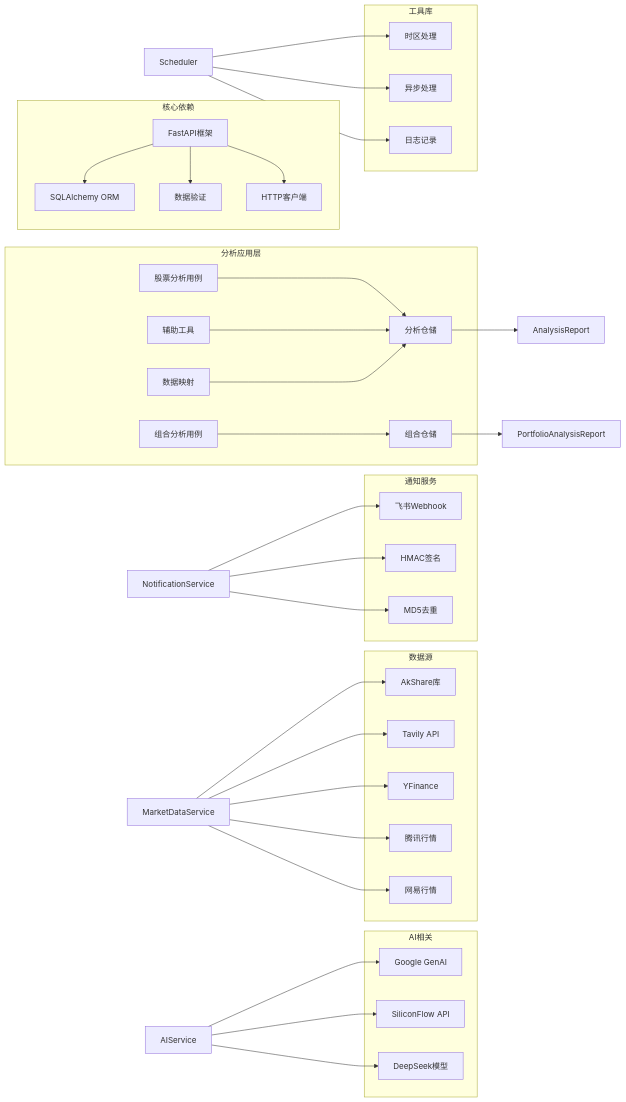
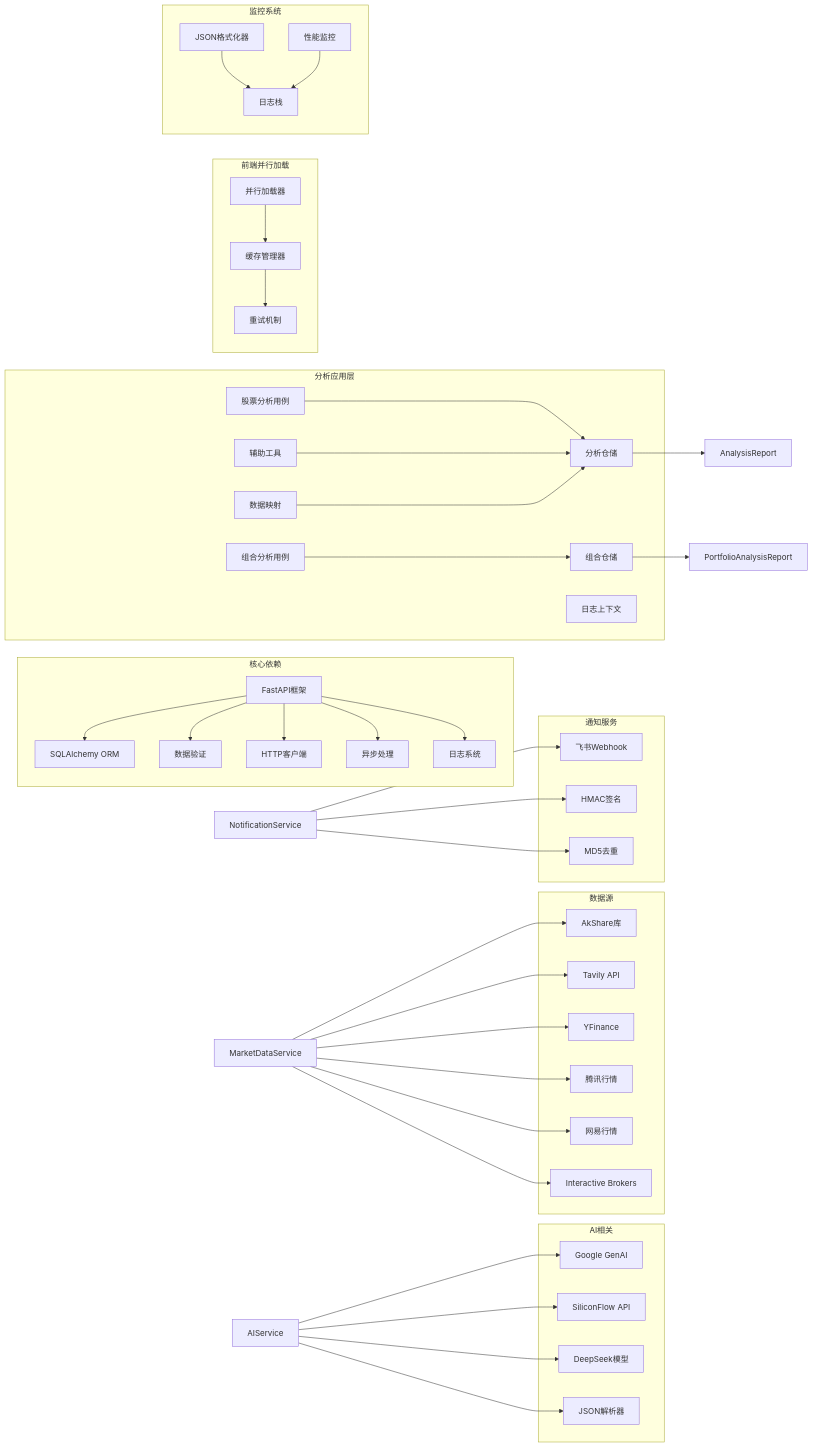
Diagram 15 of 15 in .qoder/repowiki/zh/content/Enhanced Ai Analysis Service.md (breeze-lyf/ai-stock-advisor), drawn with Mermaid before and after one commit. The commit also changed other lines of this file and 43 other files, not shown here.

Commit message:
feat: Enhance AI analysis service, update market data providers, and refactor stock detail UI with new analysis components.

````diff
--- a/.qoder/repowiki/zh/content/Enhanced Ai Analysis Service.md
+++ b/.qoder/repowiki/zh/content/Enhanced Ai Analysis Service.md
@@ -619,62 +809,77 @@
 ```mermaid
 graph LR
 subgraph "核心依赖"
 FastAPI[FastAPI框架]
 SQLAlchemy[SQLAlchemy ORM]
 Pydantic[数据验证]
 HTTPX[HTTP客户端]
+asyncio[异步处理]
+logging[日志系统]
 end
 subgraph "AI相关"
 Gemini[Google GenAI]
 SiliconFlow[SiliconFlow API]
 DeepSeek[DeepSeek模型]
+JSONParser[JSON解析器]
 end
 subgraph "数据源"
 AkShare[AkShare库]
 Tavily[Tavily API]
 YFinance[YFinance]
 Tencent[腾讯行情]
 NetEase[网易行情]
+IBKR[Interactive Brokers]
 end
 subgraph "通知服务"
 Feishu[飞书Webhook]
 HMAC[HMAC签名]
 MD5[MD5去重]
 end
 subgraph "分析应用层"
 AnalyzeStockUseCase[股票分析用例]
 AnalyzePortfolioUseCase[组合分析用例]
 AnalysisRepository[分析仓储]
 PortfolioRepository[组合仓储]
 Helpers[辅助工具]
 Mappers[数据映射]
+LogContext[日志上下文]
 end
-subgraph "工具库"
-Pytz[时区处理]
-Asyncio[异步处理]
-Logging[日志记录]
+subgraph "前端并行加载"
+ParallelLoader[并行加载器]
+CacheManager[缓存管理器]
+RetryMechanism[重试机制]
+end
+subgraph "监控系统"
+JSONFormatter[JSON格式化器]
+PerformanceMonitor[性能监控]
+LogStack[日志栈]
 end
 FastAPI --> SQLAlchemy
 FastAPI --> Pydantic
 FastAPI --> HTTPX
+FastAPI --> asyncio
+FastAPI --> logging
 AIService --> Gemini
 AIService --> SiliconFlow
 AIService --> DeepSeek
+AIService --> JSONParser
 MarketDataService --> AkShare
 MarketDataService --> Tavily
 MarketDataService --> YFinance
 MarketDataService --> Tencent
 MarketDataService --> NetEase
+MarketDataService --> IBKR
 NotificationService --> Feishu
 NotificationService --> HMAC
 NotificationService --> MD5
 AnalyzeStockUseCase --> AnalysisRepository
 AnalyzePortfolioUseCase --> PortfolioRepository
 AnalysisRepository --> AnalysisReport
 PortfolioRepository --> PortfolioAnalysisReport
 Helpers --> AnalysisRepository
 Mappers --> AnalysisRepository
-Scheduler --> Pytz
-Scheduler --> Asyncio
-Scheduler --> Logging
+ParallelLoader --> CacheManager
+CacheManager --> RetryMechanism
+JSONFormatter --> LogStack
+PerformanceMonitor --> LogStack
 ```
````
